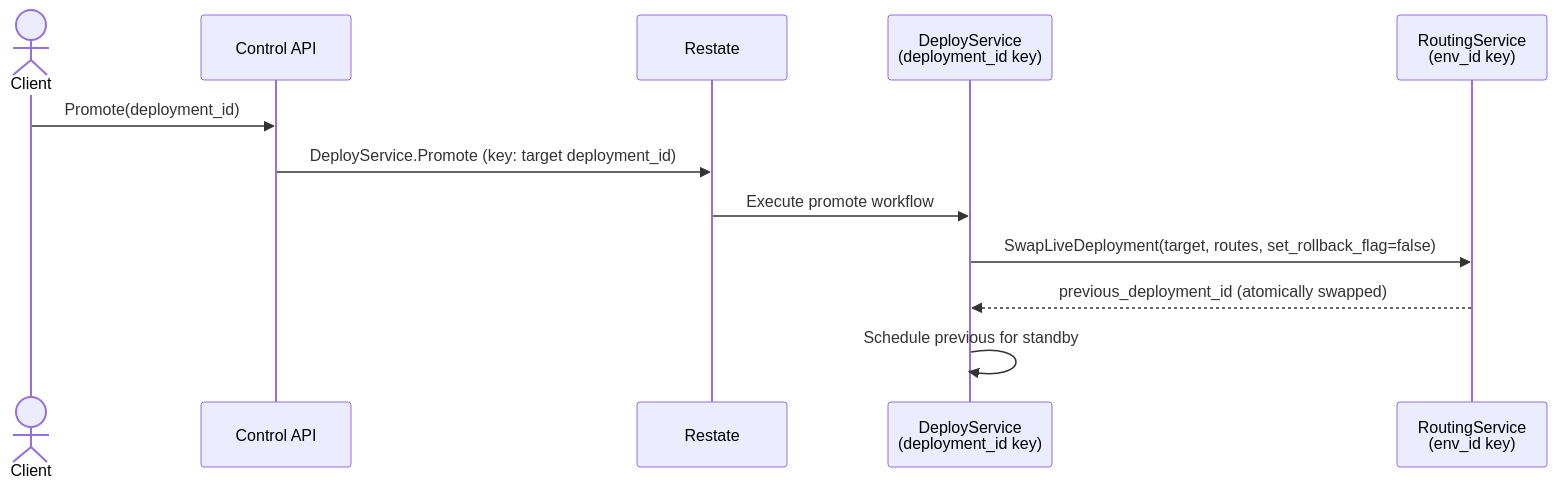
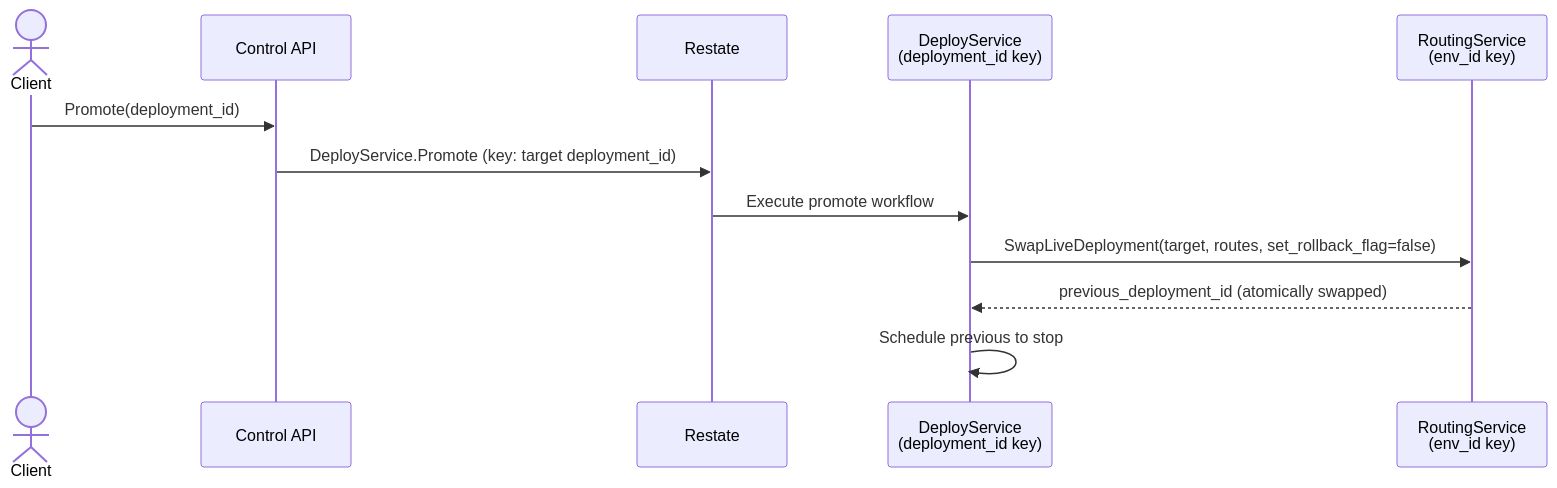
The third of 4 diagrams in docs/engineering/architecture/services/control-plane/worker/workflows/deployments.mdx (unkeyed/unkey), drawn with Mermaid before and after one commit. The commit also changed other lines of this file and 76 other files, not shown here.

````diff
--- a/docs/engineering/architecture/services/control-plane/worker/workflows/deployments.mdx
+++ b/docs/engineering/architecture/services/control-plane/worker/workflows/deployments.mdx
@@ -90,15 +89,15 @@
 ```mermaid
 sequenceDiagram
   actor Client
   participant CtrlAPI as Control API
   participant Restate as Restate
   participant Worker as DeployService<br/>(deployment_id key)
   participant Routing as RoutingService<br/>(env_id key)
 
   Client->>CtrlAPI: Promote(deployment_id)
   CtrlAPI->>Restate: DeployService.Promote (key: target deployment_id)
   Restate->>Worker: Execute promote workflow
   Worker->>Routing: SwapLiveDeployment(target, routes, set_rollback_flag=false)
   Routing-->>Worker: previous_deployment_id (atomically swapped)
-  Worker->>Worker: Schedule previous for standby
+  Worker->>Worker: Schedule previous to stop
 ```
````
